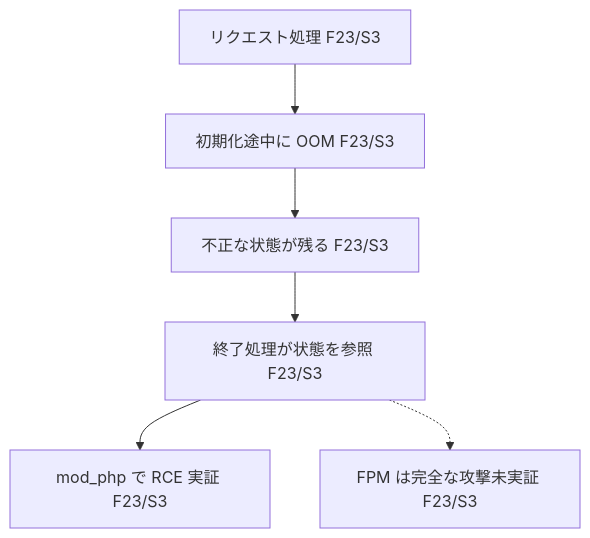
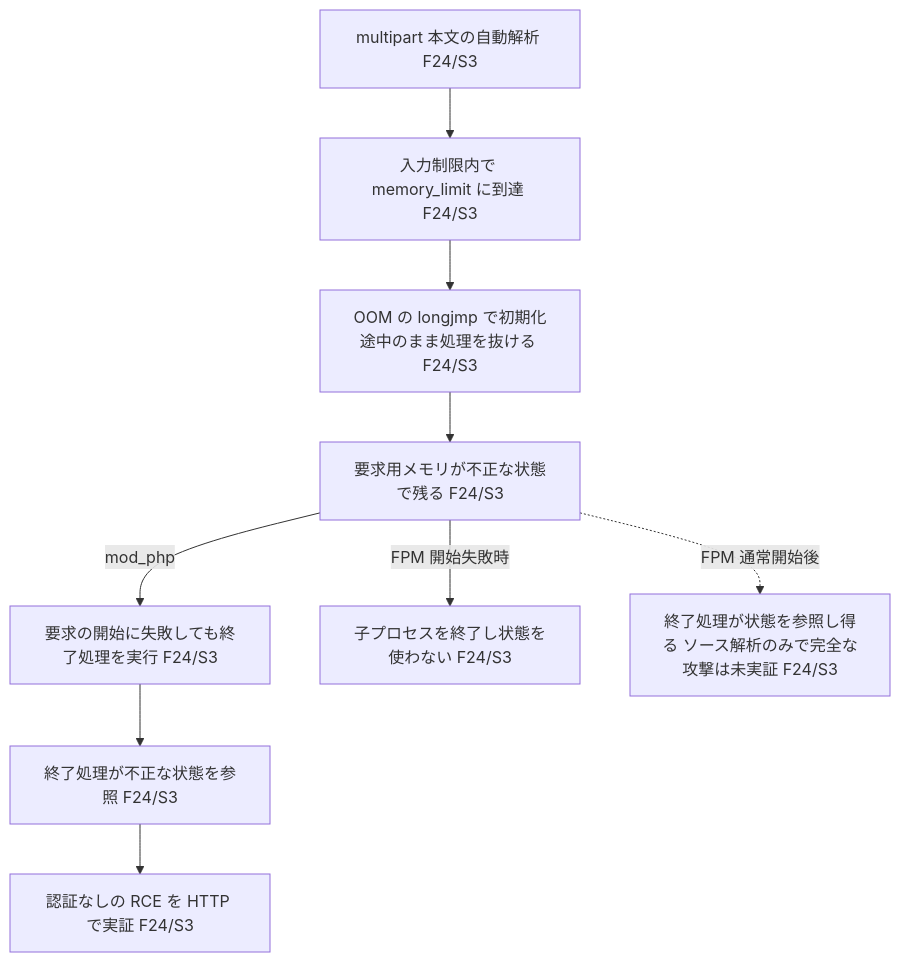
One commit to hidetzu/vulnograph changed the diagram in examples/CVE-2026-109618/diagram.mmd. Above: the diagram before and after it, drawn with Mermaid. The commit also changed 5 other files, not shown here.

Commit message:
feat(skill): add beginner overview diagram and verify sample citations

```diff
--- a/examples/CVE-2026-109618/diagram.mmd
+++ b/examples/CVE-2026-109618/diagram.mmd
@@ -1,6 +1,9 @@
 flowchart TD
-  A["リクエスト処理 F23/S3"] --> B["初期化途中に OOM F23/S3"]
-  B --> C["不正な状態が残る F23/S3"]
-  C --> D["終了処理が状態を参照 F23/S3"]
-  D --> E["mod_php で RCE 実証 F23/S3"]
-  D -.-> F["FPM は完全な攻撃未実証 F23/S3"]
+  A["multipart 本文の自動解析 F24/S3"] --> B["入力制限内で memory_limit に到達 F24/S3"]
+  B --> C["OOM の longjmp で初期化途中のまま処理を抜ける F24/S3"]
+  C --> D["要求用メモリが不正な状態で残る F24/S3"]
+  D -->|mod_php| E["要求の開始に失敗しても終了処理を実行 F24/S3"]
+  E --> F["終了処理が不正な状態を参照 F24/S3"]
+  F --> G["認証なしの RCE を HTTP で実証 F24/S3"]
+  D -->|FPM 開始失敗時| H["子プロセスを終了し状態を使わない F24/S3"]
+  D -.->|FPM 通常開始後| I["終了処理が状態を参照し得る ソース解析のみで完全な攻撃は未実証 F24/S3"]
```
